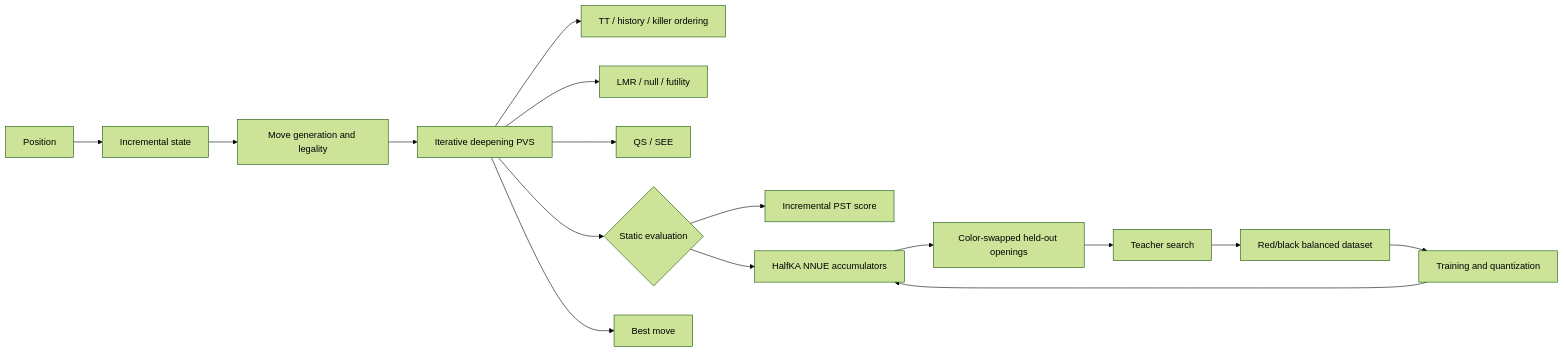
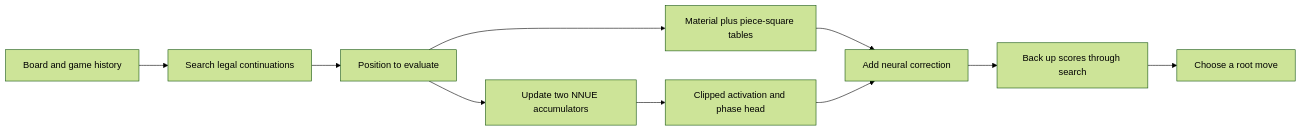
One commit to childofcuriosity/chinese-chess-xiangqi-searcher changed the diagram in README.md. Above: the diagram before and after it, drawn with Mermaid (forest theme). The commit also changed other lines of this file and 5 other files, not shown here.

````diff
--- a/README.md
+++ b/README.md
@@ -43,18 +13,12 @@
 ```mermaid
 flowchart LR
-    POS[Position] --> STATE[Incremental state]
-    STATE --> MOVE[Move generation and legality]
-    MOVE --> SEARCH[Iterative deepening PVS]
-    SEARCH --> ORDER[TT / history / killer ordering]
-    SEARCH --> PRUNE[LMR / null / futility]
-    SEARCH --> QS[QS / SEE]
-    SEARCH --> EVAL{Static evaluation}
-    EVAL --> PST[Incremental PST score]
-    EVAL --> NNUE[HalfKA NNUE accumulators]
-    SEARCH --> BEST[Best move]
-    TEACHER[Teacher search] --> DATA[Red/black balanced dataset]
-    DATA --> TRAIN[Training and quantization]
-    TRAIN --> NNUE
-    NNUE --> MATCH[Color-swapped held-out openings]
-    MATCH --> TEACHER
+    B[Board and game history] --> S[Search legal continuations]
+    S --> L[Position to evaluate]
+    L --> P[Material plus piece-square tables]
+    L --> A[Update two NNUE accumulators]
+    A --> H[Clipped activation and phase head]
+    P --> V[Add neural correction]
+    H --> V
+    V --> R[Back up scores through search]
+    R --> M[Choose a root move]
 ```
````
